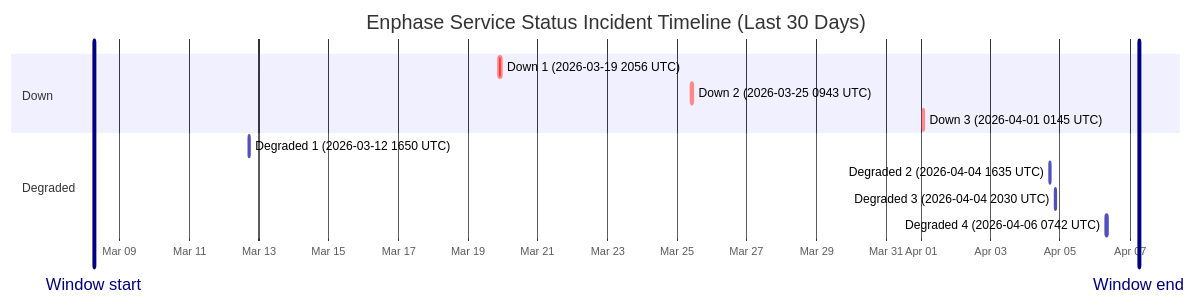
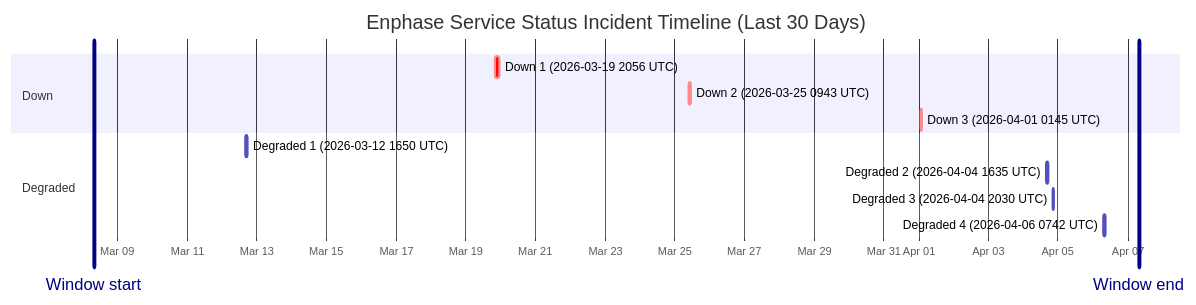
One commit to barneyonline/ha-enphase-ev-charger changed the diagram in wiki/Service-Status-History.md. Above: the diagram before and after it, drawn with Mermaid. The commit also changed other lines of this file and 3 other files, not shown here.

````diff
--- a/wiki/Service-Status-History.md
+++ b/wiki/Service-Status-History.md
@@ -14,17 +14,17 @@
 ```mermaid
 gantt
     title Enphase Service Status Incident Timeline (Last 30 Days)
     dateFormat  YYYY-MM-DDTHH:mm:ss
     axisFormat  %b %d
-    Window start :vert, window-start, 2026-03-08T06:21:13, 0ms
-    Window end :vert, window-end, 2026-04-07T06:21:13, 0ms
+    Window start :vert, window-start, 2026-03-08T07:55:53, 0ms
+    Window end :vert, window-end, 2026-04-07T07:55:53, 0ms
     section Down
     Down 1 (2026-03-19 2056 UTC) :crit, down-1, 2026-03-19T20:56:20, 145m
     Down 2 (2026-03-25 0943 UTC) :crit, down-2, 2026-03-25T09:43:28, 111m
     Down 3 (2026-04-01 0145 UTC) :crit, down-3, 2026-04-01T01:45:09, 60m
     section Degraded
     Degraded 1 (2026-03-12 1650 UTC) :active, degraded-1, 2026-03-12T16:50:43, 60m
     Degraded 2 (2026-04-04 1635 UTC) :active, degraded-2, 2026-04-04T16:35:17, 60m
     Degraded 3 (2026-04-04 2030 UTC) :active, degraded-3, 2026-04-04T20:30:40, 60m
     Degraded 4 (2026-04-06 0742 UTC) :active, degraded-4, 2026-04-06T07:42:09, 85m
 ```
````
